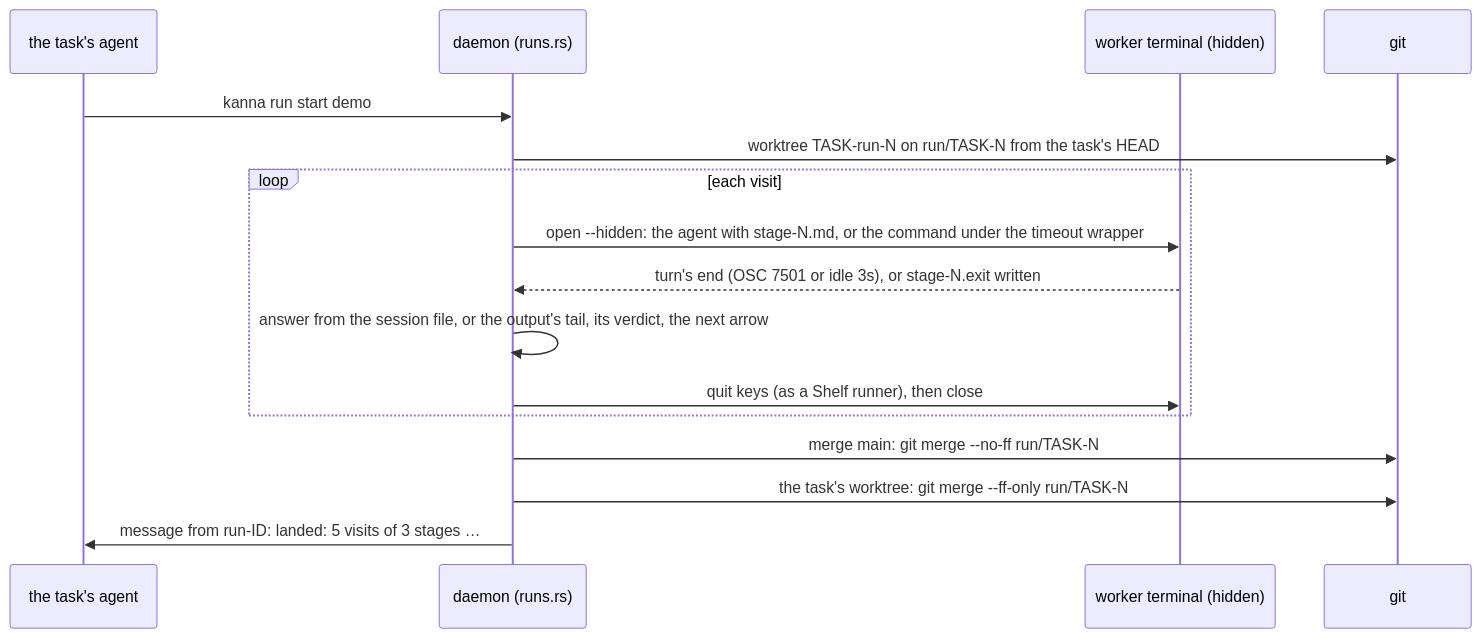
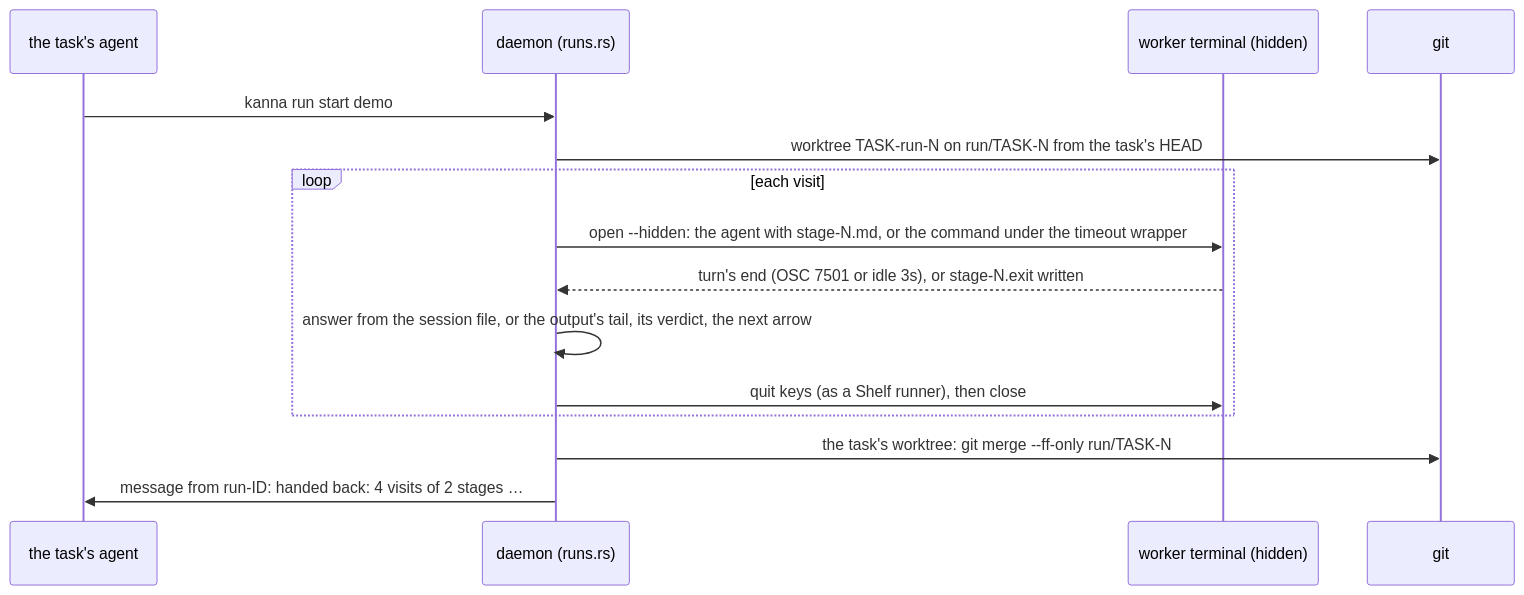
Before and after one commit to tampopogk/kanna: the fifth of 5 diagrams in docs/specs/software-factory.md, drawn with Mermaid. The commit also changed other lines of this file and 17 other files, not shown here.

Commit message:
A run never merges to main: it hands back to the task's worktree, the gate before main; merge main leaves the language

````diff
--- a/docs/specs/software-factory.md
+++ b/docs/specs/software-factory.md
@@ -161,18 +161,17 @@
 ```mermaid
 sequenceDiagram
     participant A as the task's agent
     participant D as daemon (runs.rs)
     participant W as worker terminal (hidden)
     participant G as git
     A->>D: kanna run start demo
     D->>G: worktree TASK-run-N on run/TASK-N from the task's HEAD
     loop each visit
         D->>W: open --hidden: the agent with stage-N.md, or the command under the timeout wrapper
         W-->>D: turn's end (OSC 7501 or idle 3s), or stage-N.exit written
         D->>D: answer from the session file, or the output's tail, its verdict, the next arrow
         D->>W: quit keys (as a Shelf runner), then close
     end
-    D->>G: merge main: git merge --no-ff run/TASK-N
     D->>G: the task's worktree: git merge --ff-only run/TASK-N
-    D->>A: message from run-ID: landed: 5 visits of 3 stages …
+    D->>A: message from run-ID: handed back: 4 visits of 2 stages …
 ```
````
